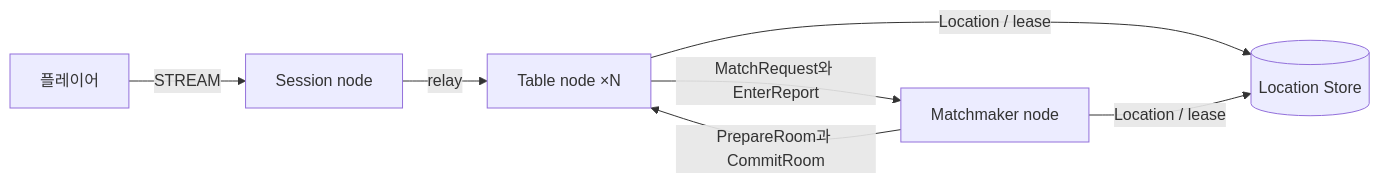
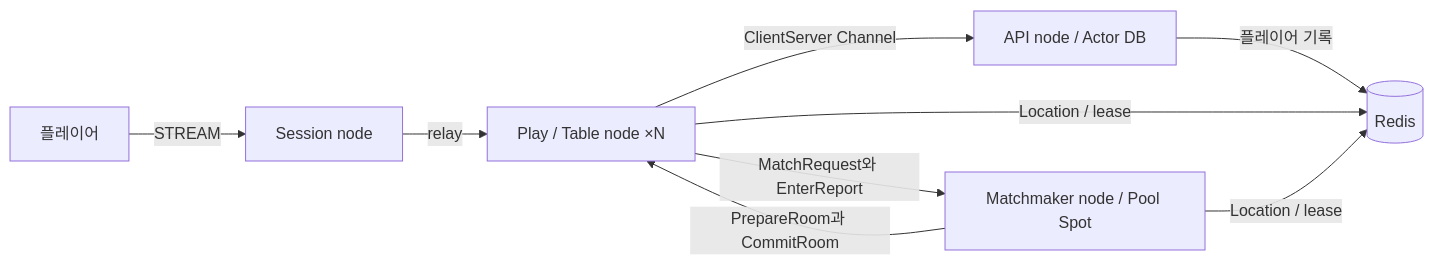
The diagram in framework/languages/node/templates/board-tables/my-game/README.ko.md (zlink-systems/zlink), drawn with Mermaid before and after one commit. The commit also changed other lines of this file and 27 other files, not shown here.

Commit message:
feat(templates): Node board-tables API node(Actor DB) — loadPlayer 한 번, 판 결과 commitRound 한 번, persist 시나리오 (#5350)

````diff
--- a/framework/languages/node/templates/board-tables/my-game/README.ko.md
+++ b/framework/languages/node/templates/board-tables/my-game/README.ko.md
@@ -7,9 +7,11 @@
 ```mermaid
 flowchart LR
     players[플레이어] -->|STREAM| session[Session node]
-    session -->|relay| table[Table node ×N]
-    table -->|MatchRequest와 EnterReport| matchmaker[Matchmaker node]
+    session -->|relay| table[Play / Table node ×N]
+    table -->|MatchRequest와 EnterReport| matchmaker[Matchmaker node / Pool Spot]
     matchmaker -->|PrepareRoom과 CommitRoom| table
-    table -->|Location / lease| location[(Location Store)]
+    table -->|ClientServer Channel| api[API node / Actor DB]
+    api -->|플레이어 기록| location[(Redis)]
+    table -->|Location / lease| location
     matchmaker -->|Location / lease| location
 ```
````
